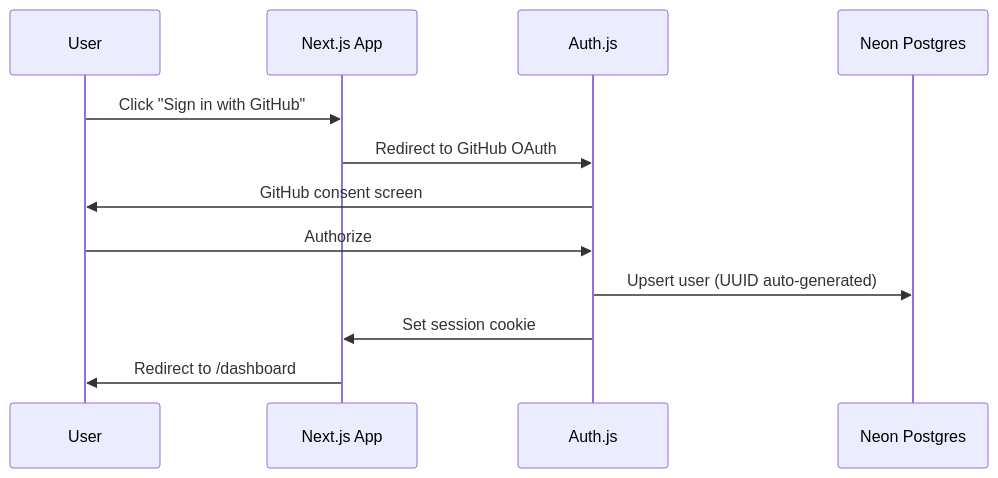
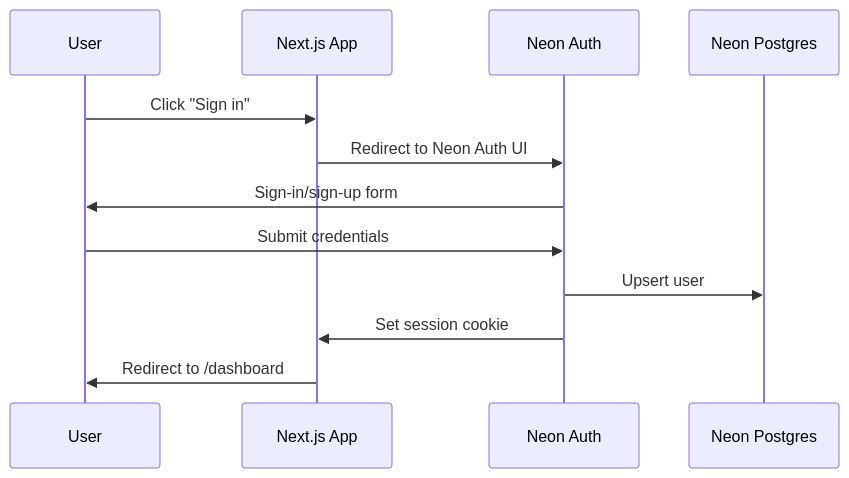
The second of 2 diagrams in architecture.plan.md (LYD01/music-teacher), drawn with Mermaid before and after one commit. The commit also changed other lines of this file and 33 other files, not shown here.

````diff
--- a/architecture.plan.md
+++ b/architecture.plan.md
@@ -340,15 +366,15 @@
 ```mermaid
 sequenceDiagram
     participant User
     participant App as Next.js App
-    participant AuthJS as Auth.js
+    participant NeonAuth as Neon Auth
     participant Neon as Neon Postgres
 
-    User->>App: Click "Sign in with GitHub"
-    App->>AuthJS: Redirect to GitHub OAuth
-    AuthJS->>User: GitHub consent screen
-    User->>AuthJS: Authorize
-    AuthJS->>Neon: Upsert user (UUID auto-generated)
-    AuthJS->>App: Set session cookie
+    User->>App: Click "Sign in"
+    App->>NeonAuth: Redirect to Neon Auth UI
+    NeonAuth->>User: Sign-in/sign-up form
+    User->>NeonAuth: Submit credentials
+    NeonAuth->>Neon: Upsert user
+    NeonAuth->>App: Set session cookie
     App->>User: Redirect to /dashboard
 ```
````
